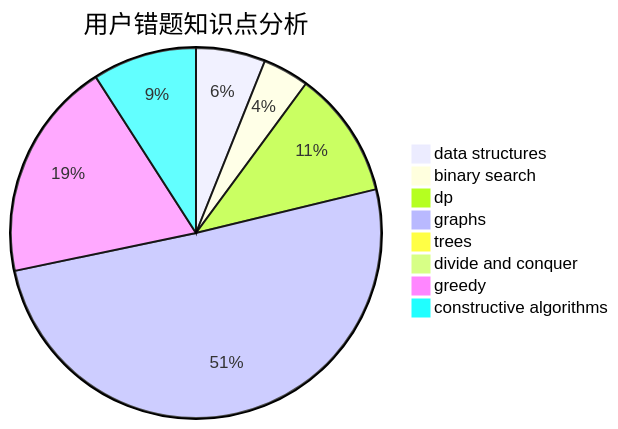
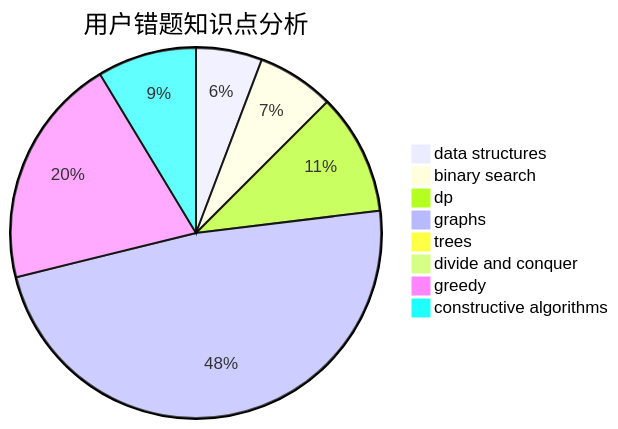
One commit to sherpahu/cfrs.github.io changed the third of 3 diagrams in docs/user/u582.md. Above: the diagram before and after it, drawn with Mermaid. The commit also changed other lines of this file and 2770 other files, not shown here.

````diff
--- a/docs/user/u582.md
+++ b/docs/user/u582.md
@@ -36,11 +36,11 @@
 ```mermaid
 pie title 用户错题知识点分析
     "data structures" :  12
-    "binary search" :  8
+    "binary search" :  14
     "dp" :  22
     "graphs" :  100
     "trees" :  0
     "divide and conquer" :  0
-    "greedy" :  38
+    "greedy" :  42
     "constructive algorithms" :  18
 ```
````
